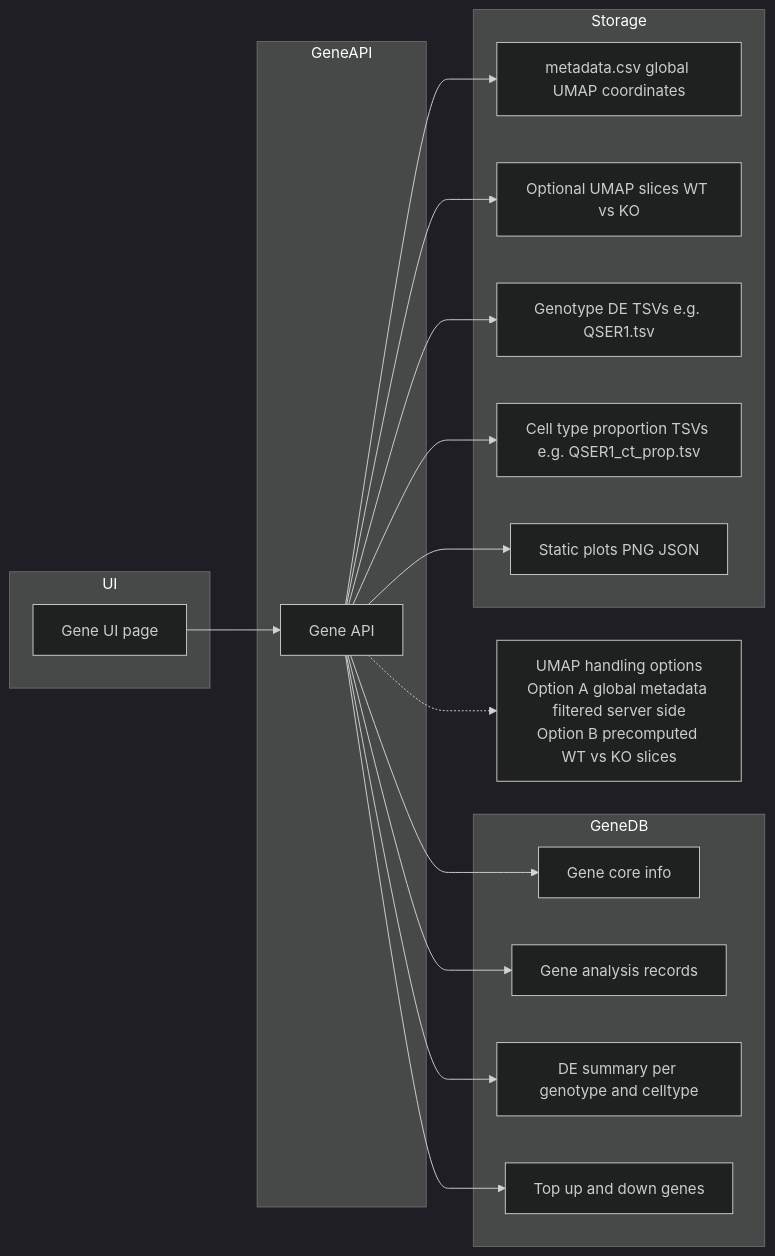
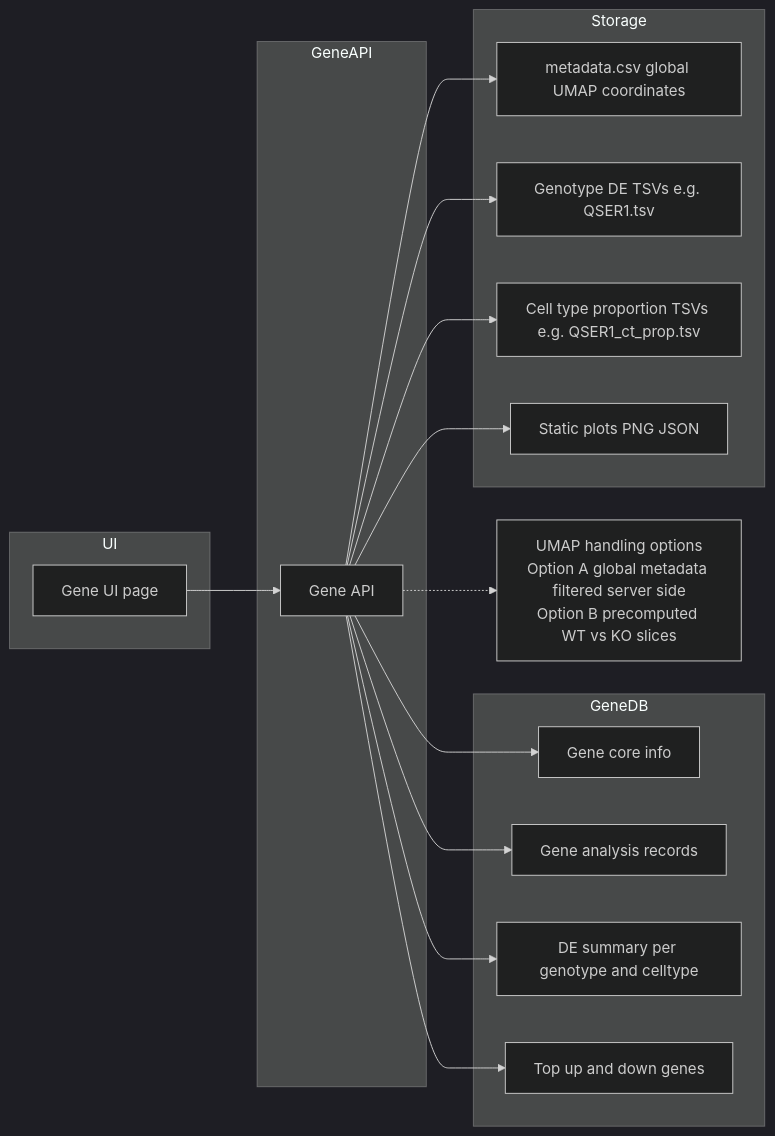
Before and after one commit to ebi-ait/morphic-website: the second of 3 diagrams in react-app/README.md, drawn with Mermaid (dark theme).

Commit message:
Document Gene API–based architecture with UMAP handling options

````diff
--- a/react-app/README.md
+++ b/react-app/README.md
@@ -151,45 +151,43 @@
 ```mermaid
 flowchart LR
     subgraph UI
         UI_MAIN[Gene UI page]
     end
 
     subgraph GeneAPI
         API[Gene API]
     end
 
     subgraph GeneDB
         G[Gene core info]
         ANALYSIS[Gene analysis records]
         DE_SUM[DE summary per genotype and celltype]
         TOP[Top up and down genes]
     end
 
     subgraph Storage
         META[metadata.csv global UMAP coordinates]
-        UMAP_SLICE[Optional UMAP slices WT vs KO]
         DE_TSV[Genotype DE TSVs e.g. QSER1.tsv]
         CT_PROP[Cell type proportion TSVs e.g. QSER1_ct_prop.tsv]
         PLOTS[Static plots PNG JSON]
     end
 
 %% Main flow
     UI_MAIN --> API
 
     API --> G
     API --> ANALYSIS
     API --> DE_SUM
     API --> TOP
 
     API --> META
-    API --> UMAP_SLICE
     API --> DE_TSV
     API --> CT_PROP
     API --> PLOTS
 
 %% Right-side note
     UMAP_NOTE[UMAP handling options\nOption A global metadata filtered server side\nOption B precomputed WT vs KO slices]
 
     API -.-> UMAP_NOTE
 
 ```
````
